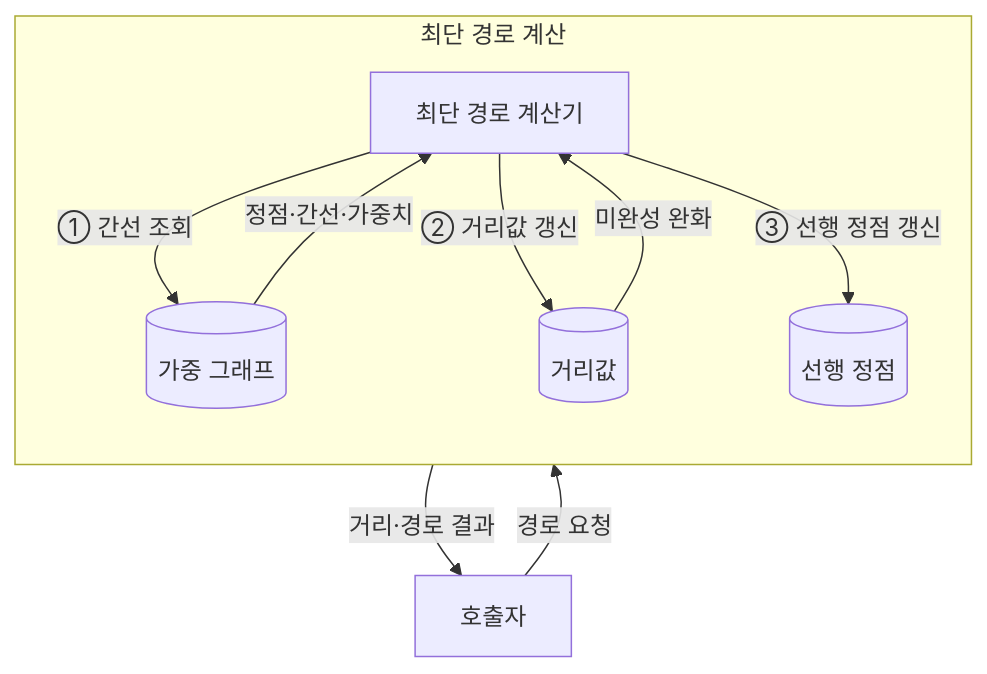
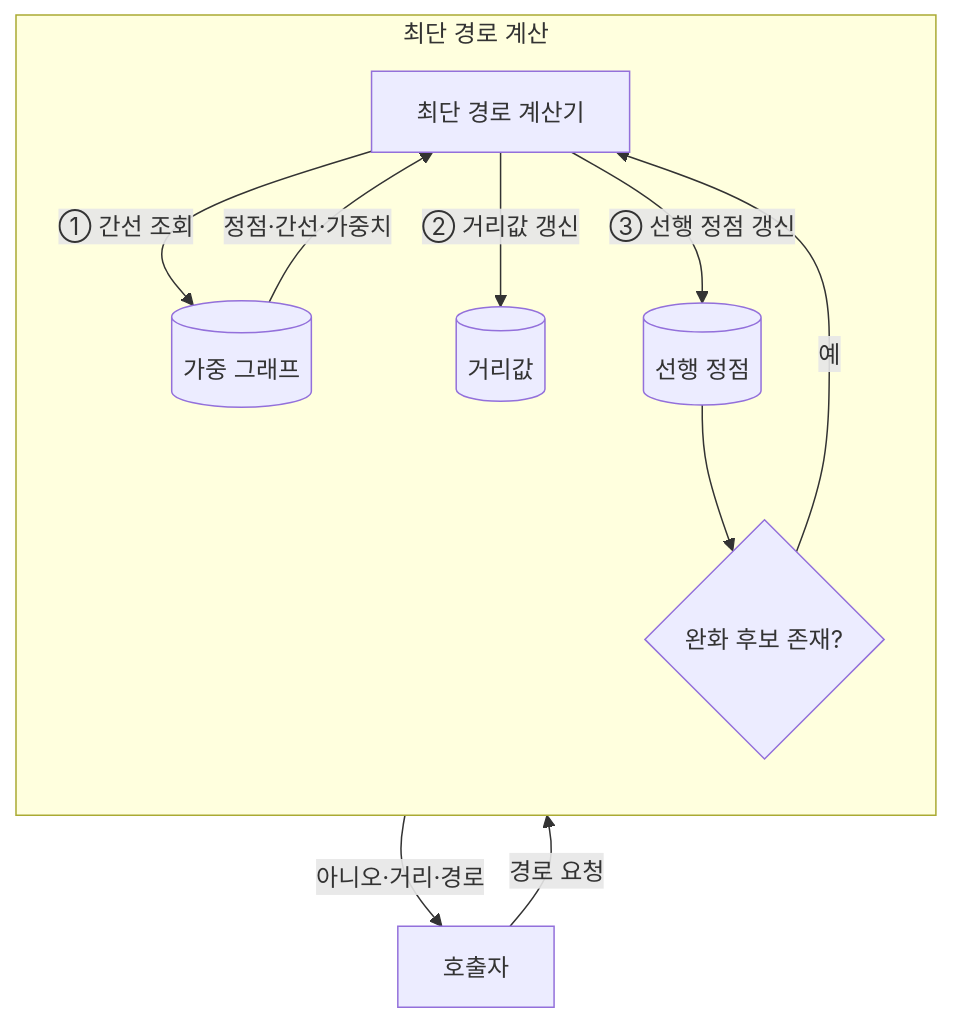
The second of 3 diagrams in src/content/docs/notes/01-basic-theory/011_shortest_path.md (agnusdei1207/knowledge-base), drawn with Mermaid before and after one commit. The commit also changed other lines of this file and 18 other files, not shown here.

````diff
--- a/src/content/docs/notes/01-basic-theory/011_shortest_path.md
+++ b/src/content/docs/notes/01-basic-theory/011_shortest_path.md
@@ -76,18 +78,20 @@
 ```mermaid
 flowchart TB
     Q[호출자]
     subgraph P[최단 경로 계산]
         direction TB
         S[최단 경로 계산기]
         G[(가중 그래프)]
         D[(거리값)]
         R[(선행 정점)]
+        C{완화 후보 존재?}
         S -->|① 간선 조회| G
         G -->|정점·간선·가중치| S
         S -->|② 거리값 갱신| D
         S -->|③ 선행 정점 갱신| R
-        D -->|미완성 완화| S
+        R --> C
+        C -->|예| S
     end
     Q -->|경로 요청| S
-    S -->|거리·경로 결과| Q
+    C -->|아니오·거리·경로| Q
 ```
````
